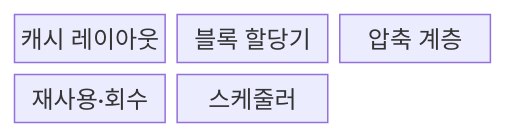
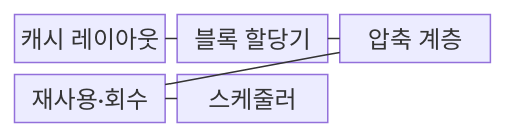
One commit to agnusdei1207/knowledge-base changed the first of 2 diagrams in src/content/docs/notes/08-latest-tech/044_kv_cache_optimization.md. Above: the diagram before and after it, drawn with Mermaid. The commit also changed other lines of this file and 228 other files, not shown here.

````diff
--- a/src/content/docs/notes/08-latest-tech/044_kv_cache_optimization.md
+++ b/src/content/docs/notes/08-latest-tech/044_kv_cache_optimization.md
@@ -54,9 +54,13 @@
 ```mermaid
 block-beta
     columns 3
     L["캐시 레이아웃"]
     A["블록 할당기"]
     C["압축 계층"]
     R["재사용·회수"]
     S["스케줄러"]
+    L --- A
+    A --- C
+    C --- R
+    R --- S
 ```
````
